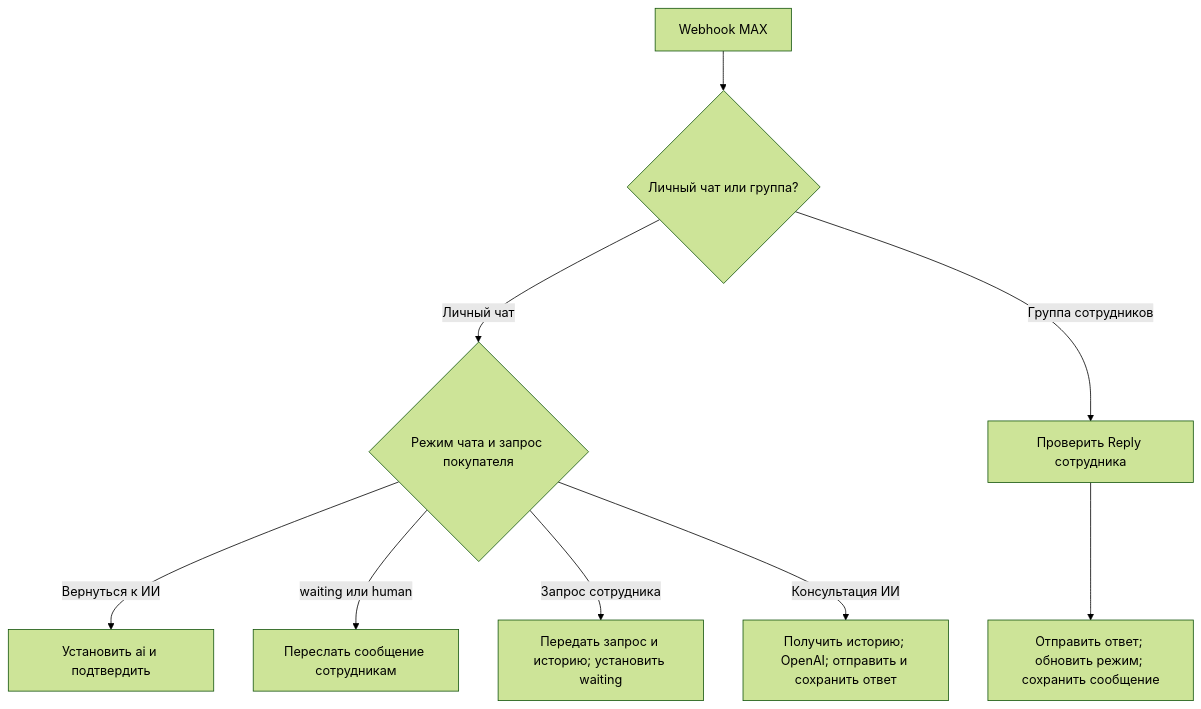
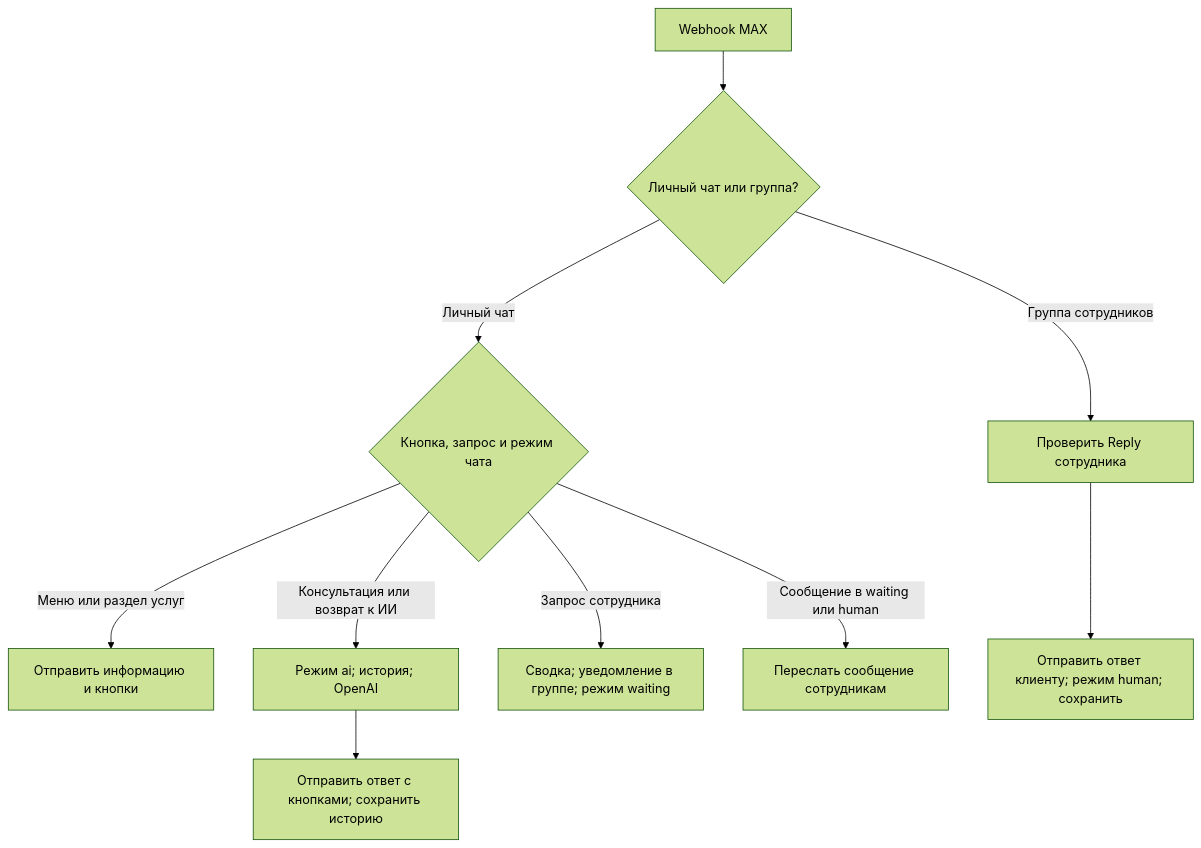
Before and after one commit to AlexZaytsev-ai/Barrier-MAX-AI-Assistant: the diagram in README_RU.md, drawn with Mermaid (forest theme). The commit also changed other lines of this file and 3 other files, not shown here.

````diff
--- a/README_RU.md
+++ b/README_RU.md
@@ -31,11 +54,12 @@
 ```mermaid
 flowchart TD
     A["Webhook MAX"] --> B{"Личный чат или группа?"}
-    B -->|Личный чат| C{"Режим чата и запрос покупателя"}
-    C -->|Вернуться к ИИ| D["Установить ai и подтвердить"]
-    C -->|waiting или human| E["Переслать сообщение сотрудникам"]
-    C -->|Запрос сотрудника| F["Передать запрос и историю; установить waiting"]
-    C -->|Консультация ИИ| G["Получить историю; OpenAI; отправить и сохранить ответ"]
-    B -->|Группа сотрудников| H["Проверить Reply сотрудника"]
-    H --> I["Отправить ответ; обновить режим; сохранить сообщение"]
+    B -->|Личный чат| C{"Кнопка, запрос и режим чата"}
+    C -->|Меню или раздел услуг| D["Отправить информацию и кнопки"]
+    C -->|Консультация или возврат к ИИ| E["Режим ai; история; OpenAI"]
+    E --> F["Отправить ответ с кнопками; сохранить историю"]
+    C -->|Запрос сотрудника| G["Сводка; уведомление в группе; режим waiting"]
+    C -->|Сообщение в waiting или human| H["Переслать сообщение сотрудникам"]
+    B -->|Группа сотрудников| I["Проверить Reply сотрудника"]
+    I --> J["Отправить ответ клиенту; режим human; сохранить"]
 ```
````
